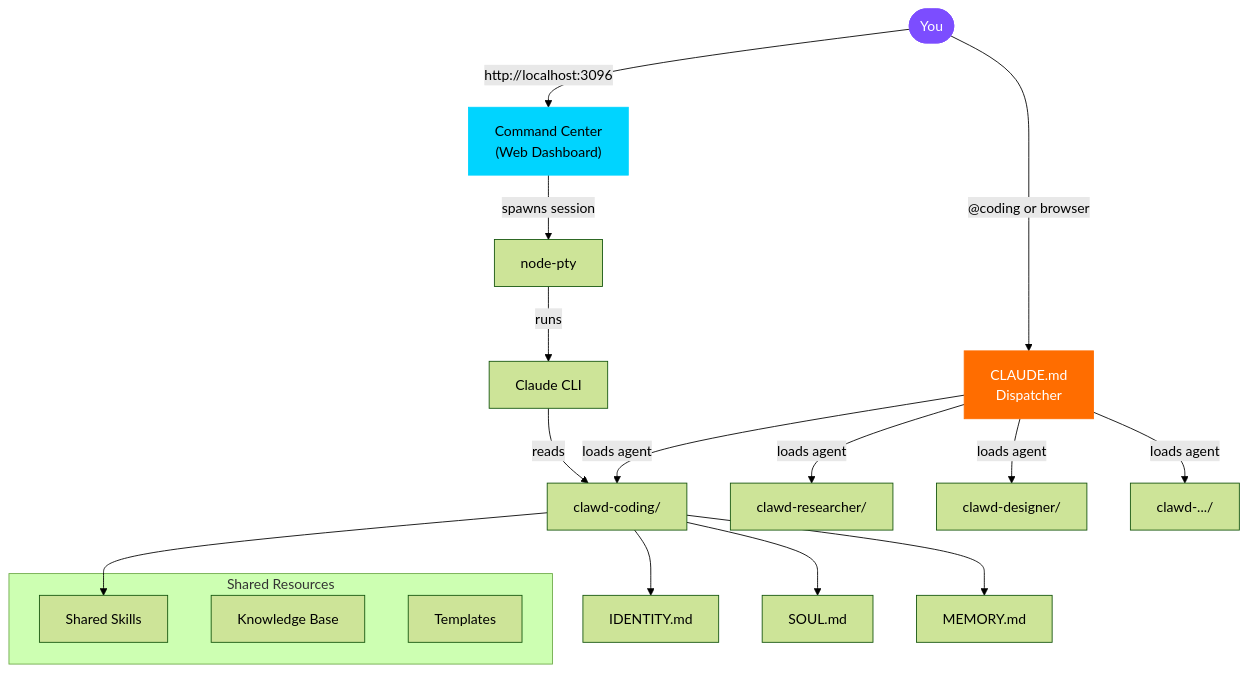
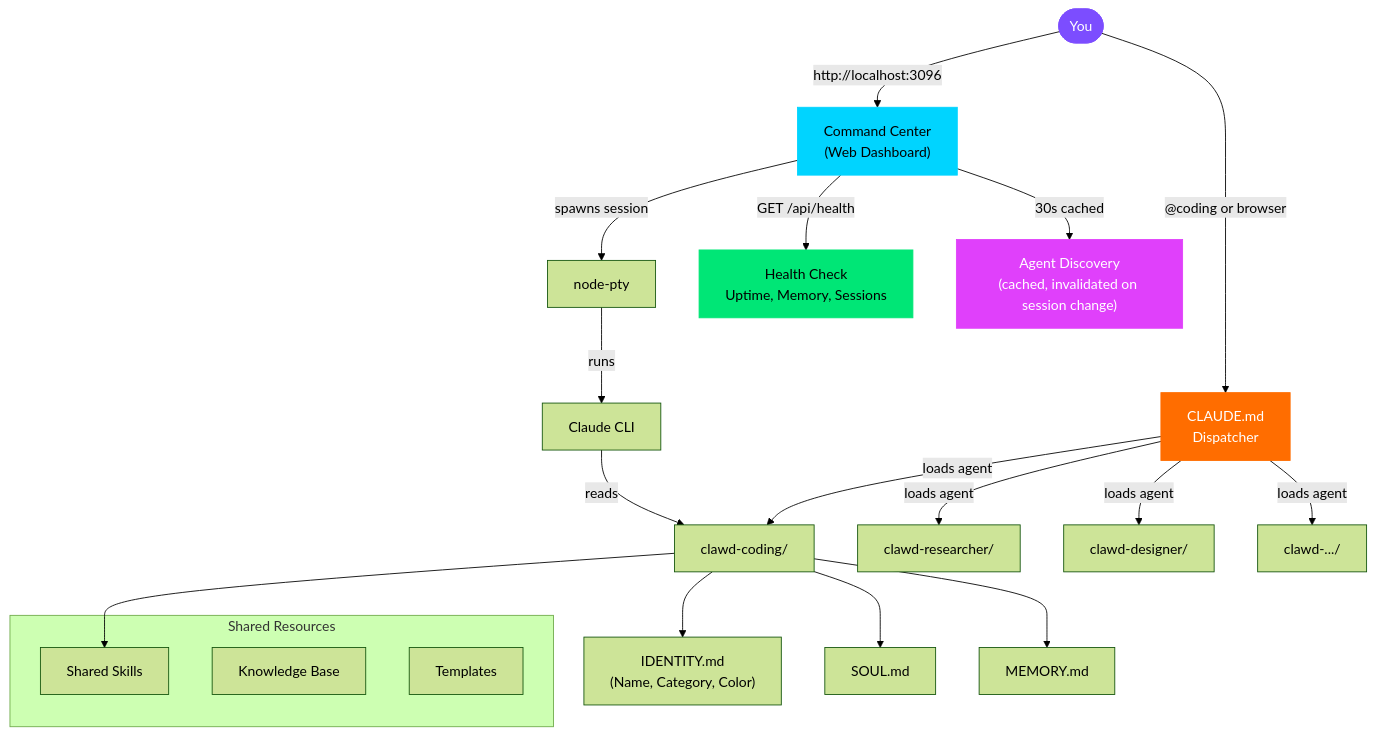
Before and after one commit to Source-Code-Alpha/ClawHive: the first of 2 diagrams in README.md, drawn with Mermaid (forest theme). The commit also changed other lines of this file and 3 other files, not shown here.

````diff
--- a/README.md
+++ b/README.md
@@ -77,29 +91,34 @@
 ```mermaid
 graph TB
     User([You]) -->|"@coding" or browser| Dispatcher["CLAUDE.md<br/>Dispatcher"]
     User -->|http://localhost:3096| Dashboard["Command Center<br/>(Web Dashboard)"]
 
     Dispatcher -->|loads agent| W1["clawd-coding/"]
     Dispatcher -->|loads agent| W2["clawd-researcher/"]
     Dispatcher -->|loads agent| W3["clawd-designer/"]
     Dispatcher -->|loads agent| WN["clawd-.../"]
 
     Dashboard -->|spawns session| PTY["node-pty"]
     PTY -->|runs| Claude["Claude CLI"]
     Claude -->|reads| W1
 
-    W1 --> ID["IDENTITY.md"]
+    Dashboard -->|"GET /api/health"| Health["Health Check<br/>Uptime, Memory, Sessions"]
+    Dashboard -->|"30s cached"| AgentCache["Agent Discovery<br/>(cached, invalidated on session change)"]
+
+    W1 --> ID["IDENTITY.md<br/>(Name, Category, Color)"]
     W1 --> SOUL["SOUL.md"]
     W1 --> MEM["MEMORY.md"]
     W1 --> SK["Shared Skills"]
 
     subgraph "Shared Resources"
         SK
         KB["Knowledge Base"]
         TPL["Templates"]
     end
 
     style User fill:#7c4dff,color:#fff,stroke:#7c4dff
     style Dashboard fill:#00d4ff,color:#000,stroke:#00d4ff
     style Dispatcher fill:#ff6d00,color:#fff,stroke:#ff6d00
+    style Health fill:#00e676,color:#000,stroke:#00e676
+    style AgentCache fill:#e040fb,color:#fff,stroke:#e040fb
 ```
````
